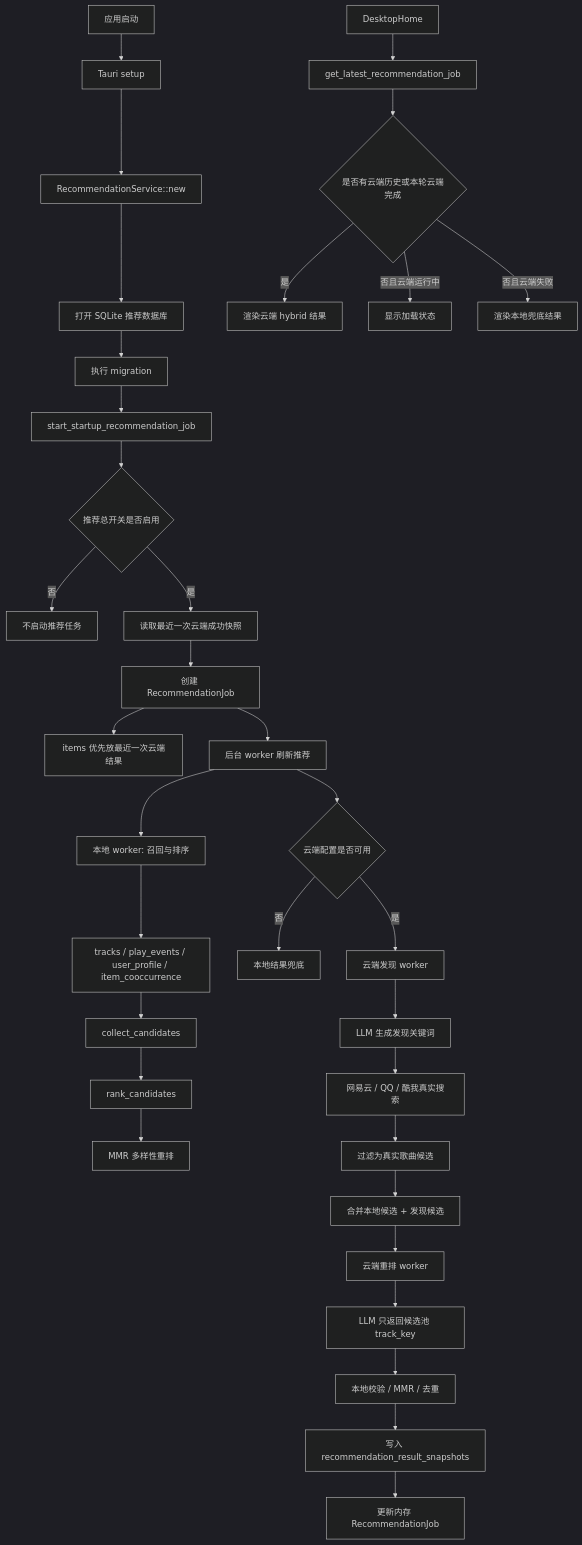
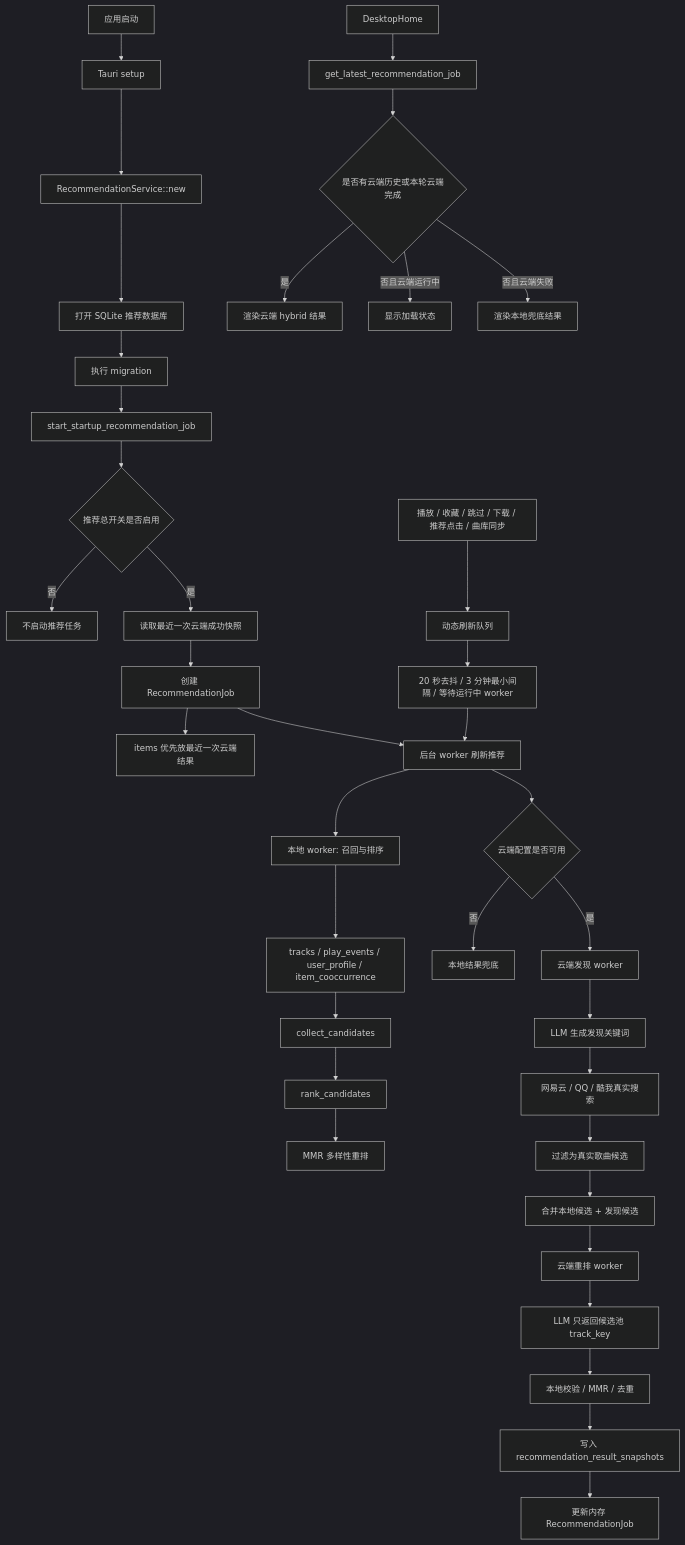
One commit to alanbulan/TuneFree changed the first of 3 diagrams in README.md. Above: the diagram before and after it, drawn with Mermaid (dark theme). The commit also changed other lines of this file and 11 other files, not shown here.

````diff
--- a/README.md
+++ b/README.md
@@ -41,42 +42,45 @@
 ```mermaid
 flowchart TD
   A[应用启动] --> B[Tauri setup]
   B --> C[RecommendationService::new]
   C --> D[打开 SQLite 推荐数据库]
   D --> E[执行 migration]
   E --> F[start_startup_recommendation_job]
 
   F --> G{推荐总开关是否启用}
   G -->|否| G1[不启动推荐任务]
   G -->|是| H[读取最近一次云端成功快照]
 
   H --> I[创建 RecommendationJob]
   I --> J[items 优先放最近一次云端结果]
   I --> K[后台 worker 刷新推荐]
+  B2[播放 / 收藏 / 跳过 / 下载 / 推荐点击 / 曲库同步] --> B3[动态刷新队列]
+  B3 --> B4[20 秒去抖 / 3 分钟最小间隔 / 等待运行中 worker]
+  B4 --> K
 
   K --> L[本地 worker: 召回与排序]
   L --> L1[tracks / play_events / user_profile / item_cooccurrence]
   L1 --> L2[collect_candidates]
   L2 --> L3[rank_candidates]
   L3 --> L4[MMR 多样性重排]
 
   K --> M{云端配置是否可用}
   M -->|否| N[本地结果兜底]
   M -->|是| O[云端发现 worker]
 
   O --> P[LLM 生成发现关键词]
   P --> Q[网易云 / QQ / 酷我真实搜索]
   Q --> R[过滤为真实歌曲候选]
   R --> S[合并本地候选 + 发现候选]
   S --> T[云端重排 worker]
   T --> U[LLM 只返回候选池 track_key]
   U --> V[本地校验 / MMR / 去重]
   V --> W[写入 recommendation_result_snapshots]
   W --> X[更新内存 RecommendationJob]
 
   Y[DesktopHome] --> Z[get_latest_recommendation_job]
   Z --> AA{是否有云端历史或本轮云端完成}
   AA -->|是| AB[渲染云端 hybrid 结果]
   AA -->|否且云端运行中| AC[显示加载状态]
   AA -->|否且云端失败| AD[渲染本地兜底结果]
 ```
````
